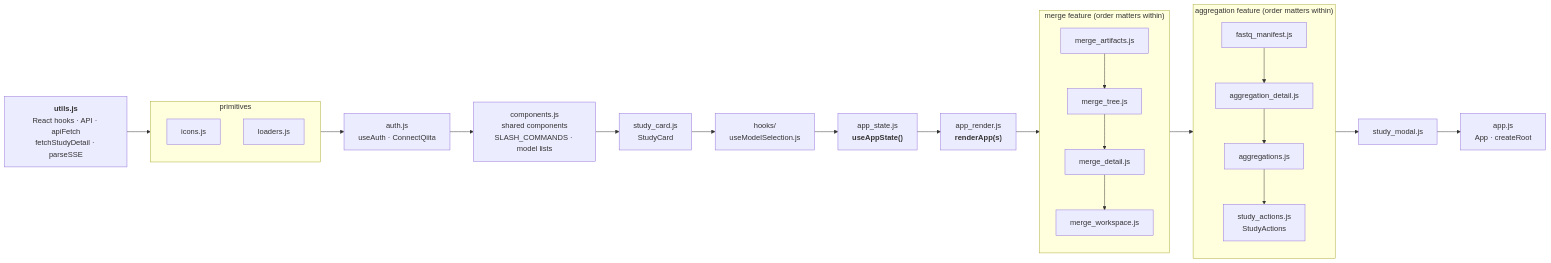
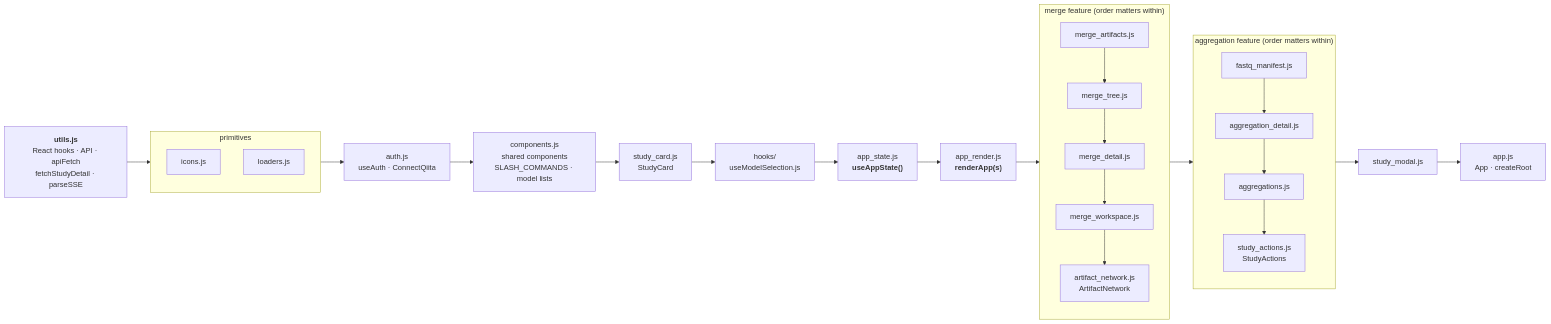
One commit to dhruvviveksharma/QiitaExplore changed the first of 3 diagrams in docs/08-frontend.md. Above: the diagram before and after it, drawn with Mermaid. The commit also changed other lines of this file and 6 other files, not shown here.

First line of the commit message:
Study modal: Qiita-style horizontal processing chart

````diff
--- a/docs/08-frontend.md
+++ b/docs/08-frontend.md
@@ -60,36 +60,37 @@
 ```mermaid
 flowchart LR
     U["<b>utils.js</b><br/>React hooks · API · apiFetch<br/>fetchStudyDetail · parseSSE"]
 
     subgraph P["primitives"]
         direction TB
         I["icons.js"]
         L["loaders.js"]
     end
 
     A["auth.js<br/>useAuth · ConnectQiita"]
     C["components.js<br/>shared components<br/>SLASH_COMMANDS · model lists"]
     SC["study_card.js<br/>StudyCard"]
     H["hooks/<br/>useModelSelection.js"]
     S["app_state.js<br/><b>useAppState()</b>"]
     R["app_render.js<br/><b>renderApp(s)</b>"]
 
     subgraph M["merge feature (order matters within)"]
         direction TB
         MA["merge_artifacts.js"] --> MT["merge_tree.js"]
         MT --> MD["merge_detail.js"]
         MD --> MW["merge_workspace.js"]
+        MW --> AN["artifact_network.js<br/>ArtifactNetwork"]
     end
 
     subgraph G["aggregation feature (order matters within)"]
         direction TB
         FM["fastq_manifest.js"] --> AD["aggregation_detail.js"]
         AD --> AG["aggregations.js"]
         AG --> SA["study_actions.js<br/>StudyActions"]
     end
 
     SM["study_modal.js"]
     AP["app.js<br/>App · createRoot"]
 
     U --> P --> A --> C --> SC --> H --> S --> R --> M --> G --> SM --> AP
 ```
````
